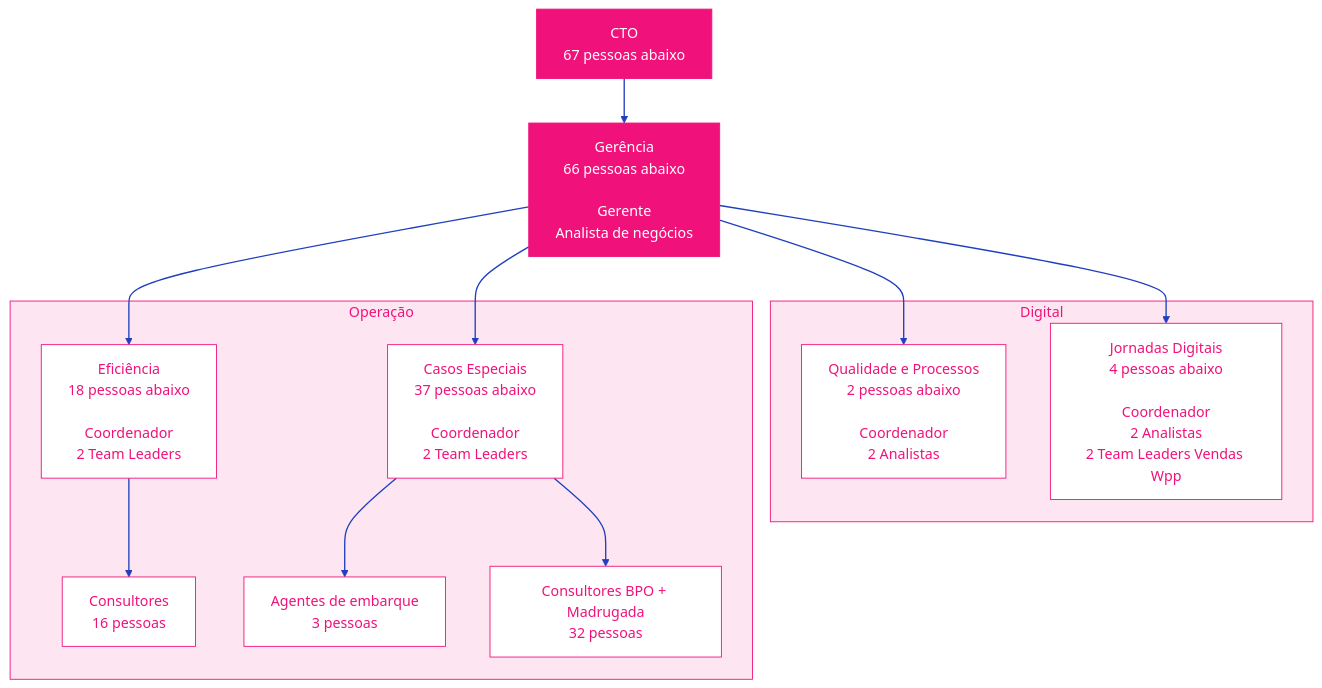
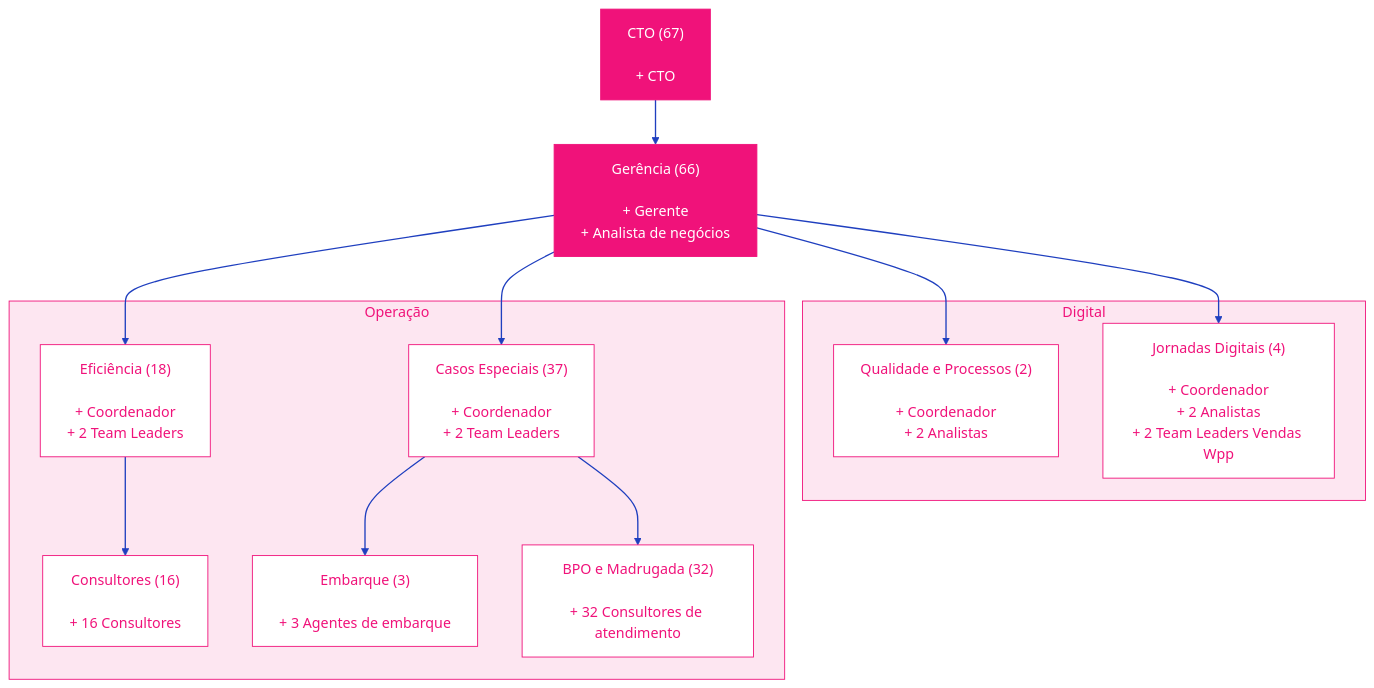
Before and after one commit to enolialcantara-ux/org-chart-bx: the diagram in README.md, drawn with Mermaid (base theme).

````diff
--- a/README.md
+++ b/README.md
@@ -1,35 +1,35 @@
 ```mermaid
 flowchart TD
-    CTO["CTO<br/>67 pessoas abaixo"]
-    GER["Gerência<br/>66 pessoas abaixo<br/><br/>Gerente<br/>Analista de negócios"]
+    CTO["CTO (67)<br/><br/>+ CTO"]
+    GER["Gerência (66)<br/><br/>+ Gerente<br/>+ Analista de negócios"]
 
     subgraph Digital
-        C1["Qualidade e Processos<br/>2 pessoas abaixo<br/><br/>Coordenador<br/>2 Analistas"]
-        C2["Jornadas Digitais<br/>4 pessoas abaixo<br/><br/>Coordenador<br/>2 Analistas<br/>2 Team Leaders Vendas Wpp"]
+        C1["Qualidade e Processos (2)<br/><br/>+ Coordenador<br/>+ 2 Analistas"]
+        C2["Jornadas Digitais (4)<br/><br/>+ Coordenador<br/>+ 2 Analistas<br/>+ 2 Team Leaders Vendas Wpp"]
     end
 
     subgraph Operacao["Operação"]
-        C3["Eficiência<br/>18 pessoas abaixo<br/><br/>Coordenador<br/>2 Team Leaders"]
-        C4["Casos Especiais<br/>37 pessoas abaixo<br/><br/>Coordenador<br/>2 Team Leaders"]
-        D1["Consultores<br/>16 pessoas"]
-        D2["Agentes de embarque<br/>3 pessoas"]
-        D3["Consultores BPO + Madrugada<br/>32 pessoas"]
+        C3["Eficiência (18)<br/><br/>+ Coordenador<br/>+ 2 Team Leaders"]
+        C4["Casos Especiais (37)<br/><br/>+ Coordenador<br/>+ 2 Team Leaders"]
+        D1["Consultores (16)<br/><br/>+ 16 Consultores"]
+        D2["Embarque (3)<br/><br/>+ 3 Agentes de embarque"]
+        D3["BPO e Madrugada (32)<br/><br/>+ 32 Consultores de atendimento"]
     end
 
     CTO --> GER
     GER --> C1
     GER --> C2
     GER --> C3
     GER --> C4
     C3 --> D1
     C4 --> D2
     C4 --> D3
 
     classDef lider fill:#f0127a,stroke:#f0127a,color:#ffffff
     classDef time fill:#ffffff,stroke:#f0127a,color:#f0127a
     class CTO,GER lider
     class C1,C2,C3,C4,D1,D2,D3 time
     style Digital fill:#fde6f1,stroke:#f0127a,color:#f0127a
     style Operacao fill:#fde6f1,stroke:#f0127a,color:#f0127a
     linkStyle default stroke:#1f3fbf,stroke-width:1.5px
 ```
````
